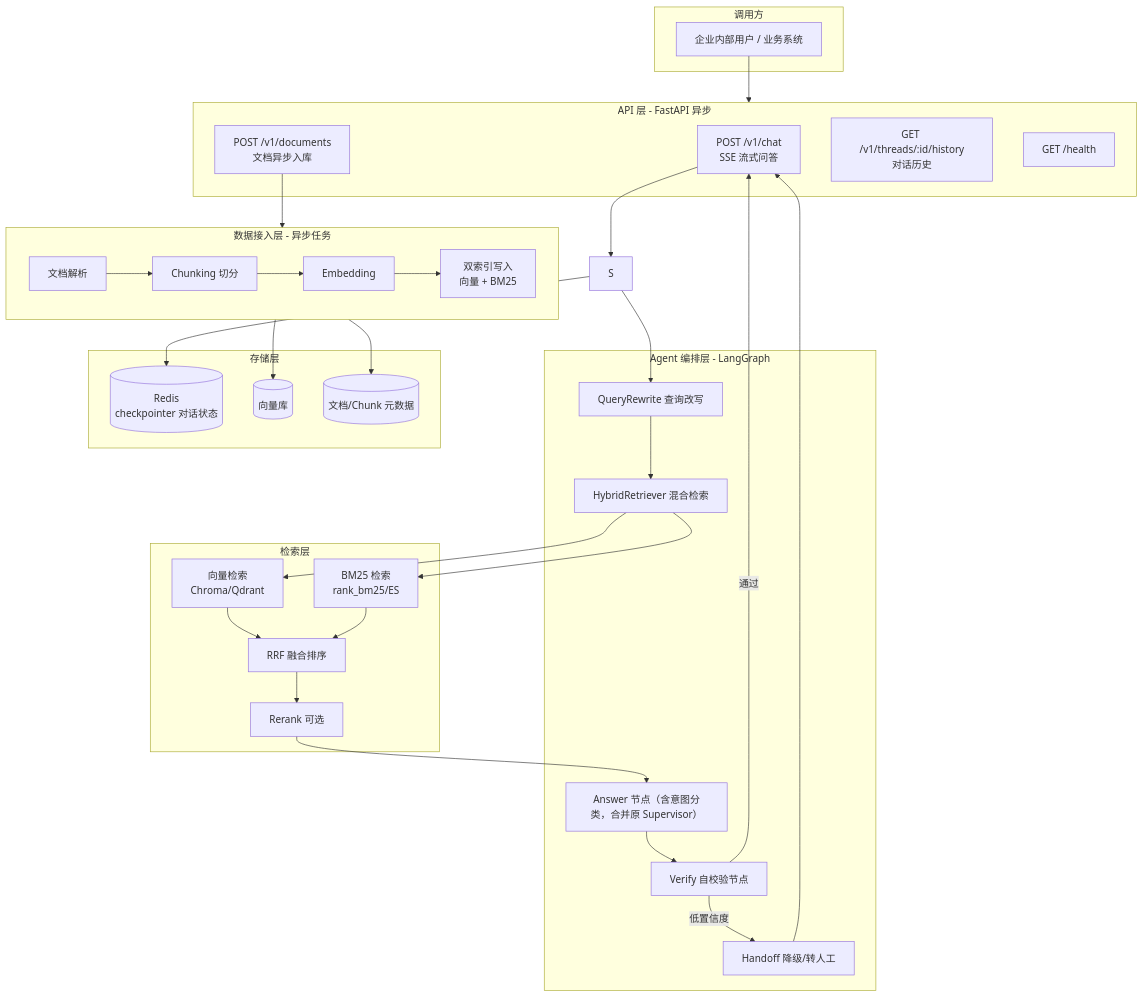
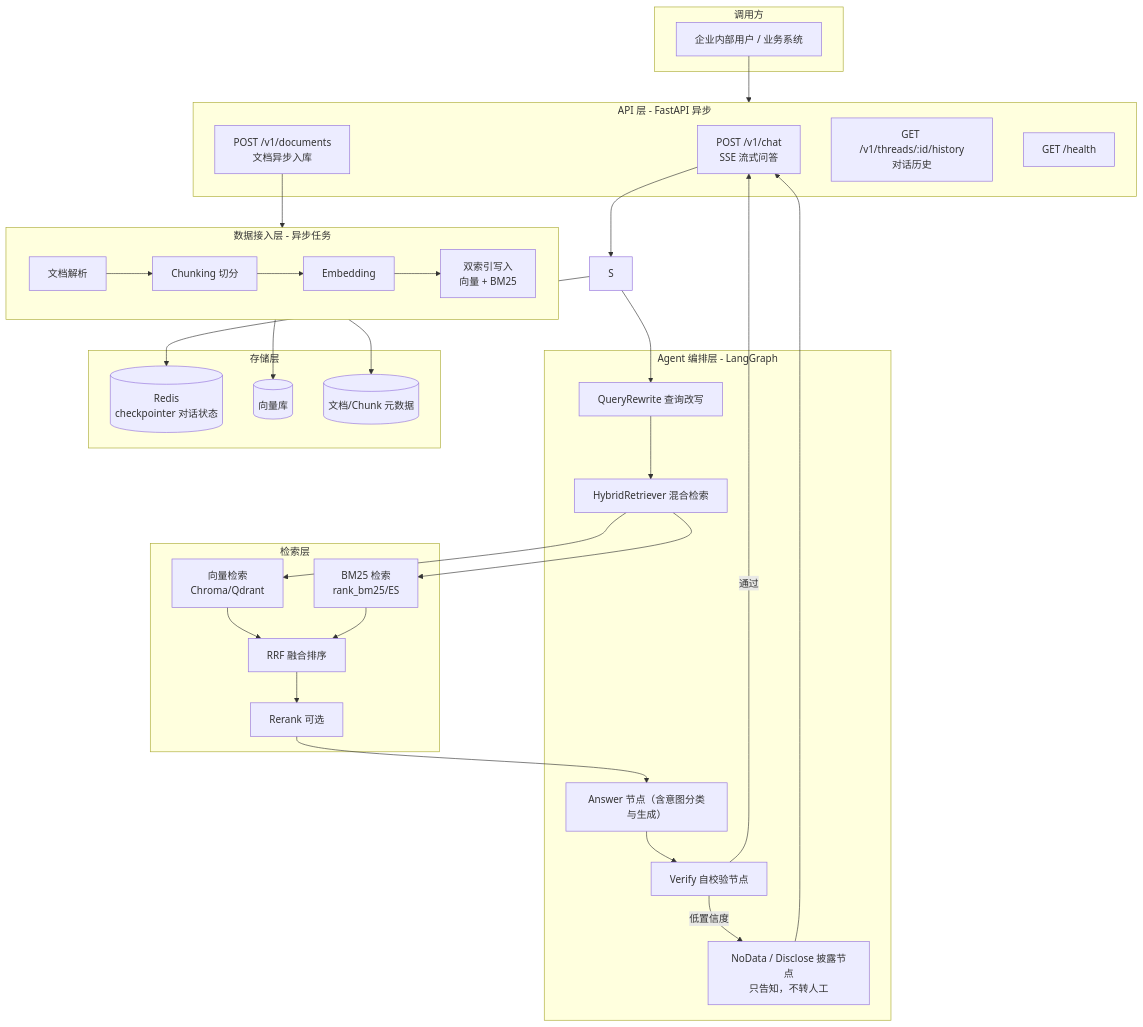
The first of 3 diagrams in docs/enterprise-qa-agent-requirements.md (heijin123/docagent2), drawn with Mermaid before and after one commit. The commit also changed other lines of this file and 37 other files, not shown here.

````diff
--- a/docs/enterprise-qa-agent-requirements.md
+++ b/docs/enterprise-qa-agent-requirements.md
@@ -56,48 +56,48 @@
 ```mermaid
 flowchart TB
     subgraph Client[调用方]
         U[企业内部用户 / 业务系统]
     end
 
     subgraph API[API 层 - FastAPI 异步]
         C1[POST /v1/chat<br/>SSE 流式问答]
         C2[POST /v1/documents<br/>文档异步入库]
         C3[GET /v1/threads/:id/history<br/>对话历史]
         C4[GET /health]
     end
 
     subgraph Orchestrator[Agent 编排层 - LangGraph]
         Q[QueryRewrite 查询改写]
         R[HybridRetriever 混合检索]
-        A[Answer 节点（含意图分类，合并原 Supervisor）]
+        A[Answer 节点（含意图分类与生成）]
         V[Verify 自校验节点]
-        H[Handoff 降级/转人工]
+        H[NoData / Disclose 披露节点<br/>只告知，不转人工]
     end
 
     subgraph Retrieval[检索层]
         VEC[向量检索<br/>Chroma/Qdrant]
         BM25[BM25 检索<br/>rank_bm25/ES]
         RRF[RRF 融合排序]
         RR[Rerank 可选]
     end
 
     subgraph Storage[存储层]
         REDIS[(Redis<br/>checkpointer 对话状态)]
         VDB[(向量库)]
         DOC[(文档/Chunk 元数据)]
     end
 
     subgraph Ingestion[数据接入层 - 异步任务]
         P1[文档解析] --> P2[Chunking 切分] --> P3[Embedding] --> P4[双索引写入<br/>向量 + BM25]
     end
 
     U --> API
     C1 --> S
     S --> Q --> R
     R --> VEC & BM25 --> RRF --> RR --> A --> V
     V -->|通过| C1
     V -->|低置信度| H
     H --> C1
     S --> REDIS
     C2 --> Ingestion --> VDB & DOC
 ```
````
